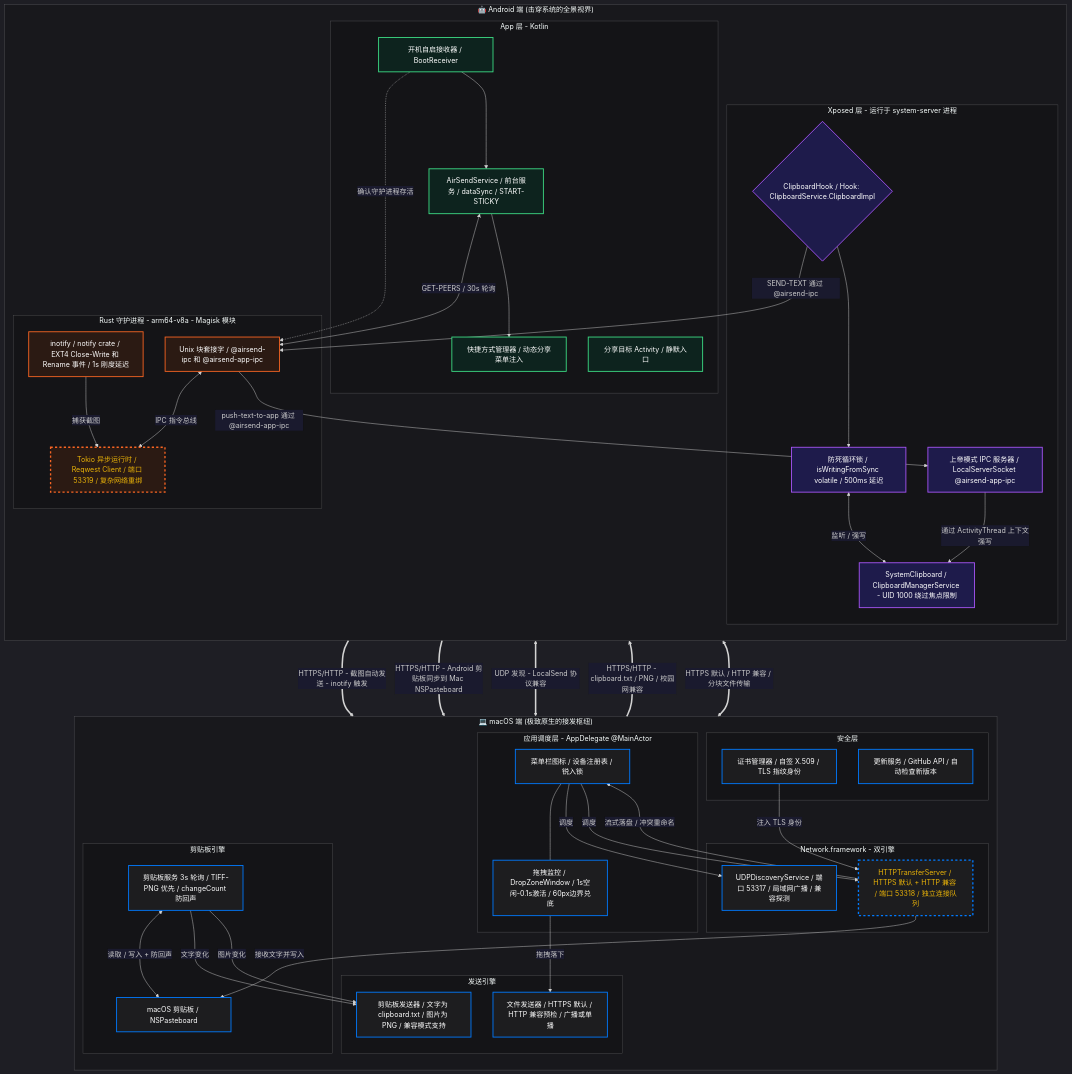
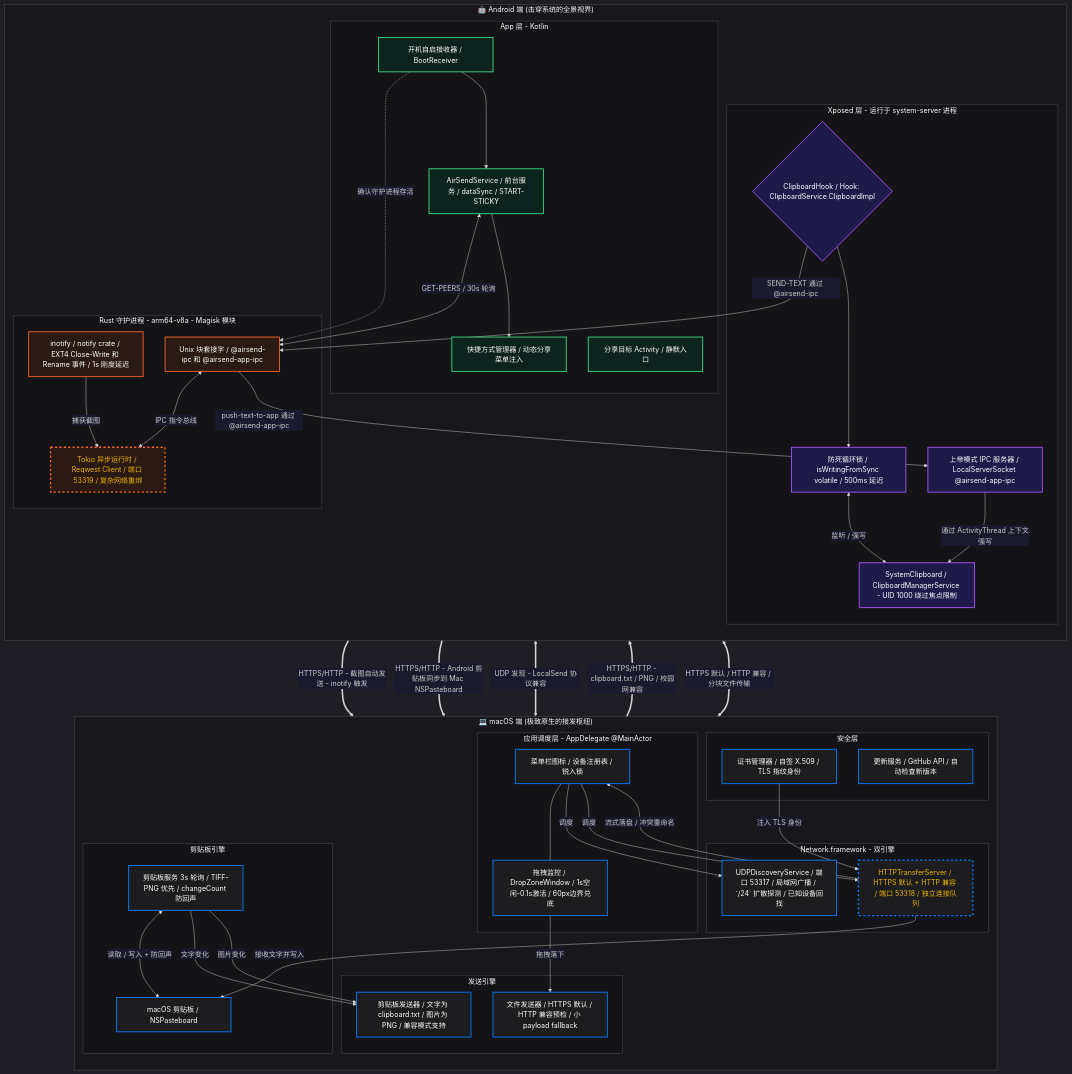
One commit to Avi7ii/AirSend changed the diagram in README.md. Above: the diagram before and after it, drawn with Mermaid. The commit also changed other lines of this file and 21 other files, not shown here.

```diff
--- a/README.md
+++ b/README.md
@@ -149,13 +153,13 @@
         end
 
         subgraph Mac_Network ["Network.framework - 双引擎"]
-            UDP_Disc["UDPDiscoveryService / 端口 53317 / 局域网广播 / 兼容探测"]:::mac_node
+            UDP_Disc["UDPDiscoveryService / 端口 53317 / 局域网广播 / `/24` 扩散探测 / 已知设备回找"]:::mac_node
             HTTP_Trans["HTTPTransferServer / HTTPS 默认 + HTTP 兼容 / 端口 53318 / 独立连接队列"]:::mac_node
             CertMgr -->|"注入 TLS 身份"| HTTP_Trans
         end
 
         subgraph Mac_Send ["发送引擎"]
-            FileSender["文件发送器 / HTTPS 默认 / HTTP 兼容预检 / 广播或单播"]:::mac_node
+            FileSender["文件发送器 / HTTPS 默认 / HTTP 兼容预检 / 小 payload fallback"]:::mac_node
             ClipSender["剪贴板发送器 / 文字为 clipboard.txt / 图片为 PNG / 兼容模式支持"]:::mac_node
         end
 
```
